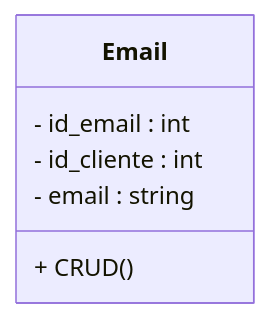
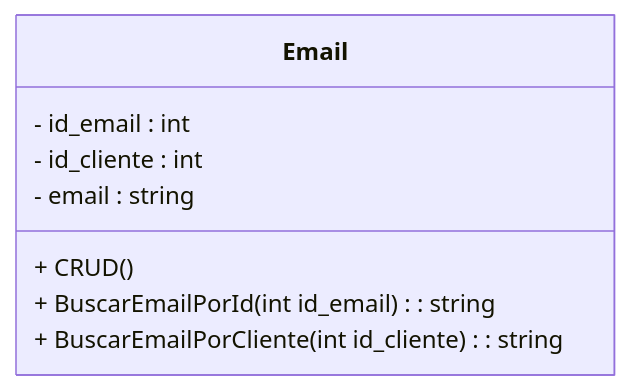
Before and after one commit to SENAI-TOYOTA/ToyotaTech: the fourth of 11 diagrams in UML.md, drawn with Mermaid. The commit also changed other lines of this file, not shown here.

````diff
--- a/UML.md
+++ b/UML.md
@@ -44,9 +55,11 @@
 ```mermaid
         classDiagram
         class Email{
             - id_email : int
             - id_cliente : int
             - email : string
             + CRUD ()
+            + BuscarEmailPorId (int id_email) : string
+            + BuscarEmailPorCliente (int id_cliente) : string
         }
 ```
````
